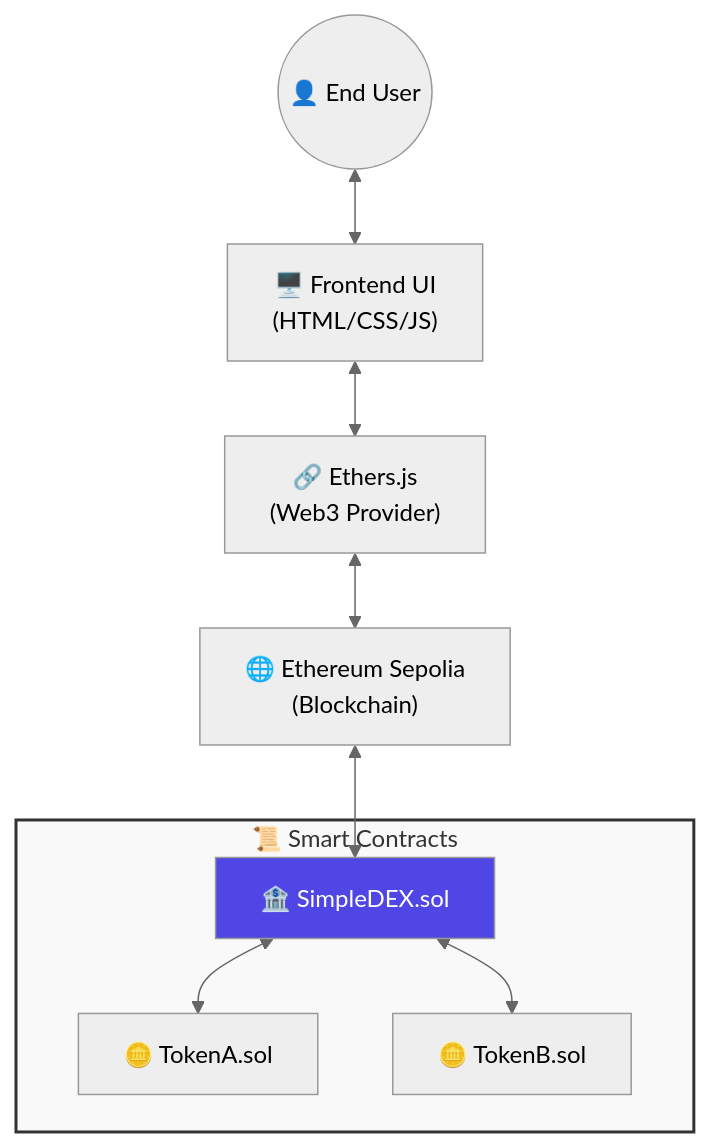
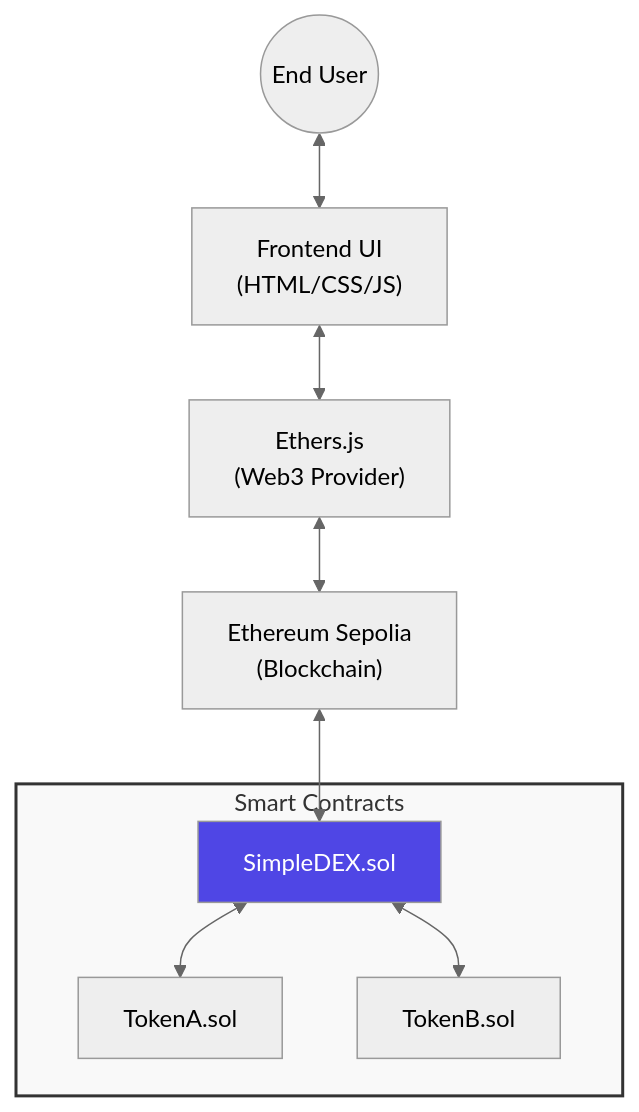
One commit to sohansarkar07/simple-dex-swap-liquidity- changed the third of 8 diagrams in README.md. Above: the diagram before and after it, drawn with Mermaid (neutral theme). The commit also changed other lines of this file, not shown here.

````diff
--- a/README.md
+++ b/README.md
@@ -113,23 +113,23 @@
 ```mermaid
 graph TD
-    User((👤 End User))
-    UI["🖥️ Frontend UI\n(HTML/CSS/JS)"]
-    Ethers["🔗 Ethers.js\n(Web3 Provider)"]
-    Network["🌐 Ethereum Sepolia\n(Blockchain)"]
+    User((End User))
+    UI["Frontend UI\n(HTML/CSS/JS)"]
+    Ethers["Ethers.js\n(Web3 Provider)"]
+    Network["Ethereum Sepolia\n(Blockchain)"]
 
-    subgraph Contracts ["📜 Smart Contracts"]
-        DEX["🏦 SimpleDEX.sol"]
-        TKA["🪙 TokenA.sol"]
-        TKB["🪙 TokenB.sol"]
+    subgraph Contracts ["Smart Contracts"]
+        DEX["SimpleDEX.sol"]
+        TKA["TokenA.sol"]
+        TKB["TokenB.sol"]
     end
 
     User <--> UI
     UI <--> Ethers
     Ethers <--> Network
     Network <--> DEX
     DEX <--> TKA
     DEX <--> TKB
     
     style Contracts fill:#f9f9f9,stroke:#333,stroke-width:2px
     style DEX fill:#4f46e5,color:#fff
 ```
````
